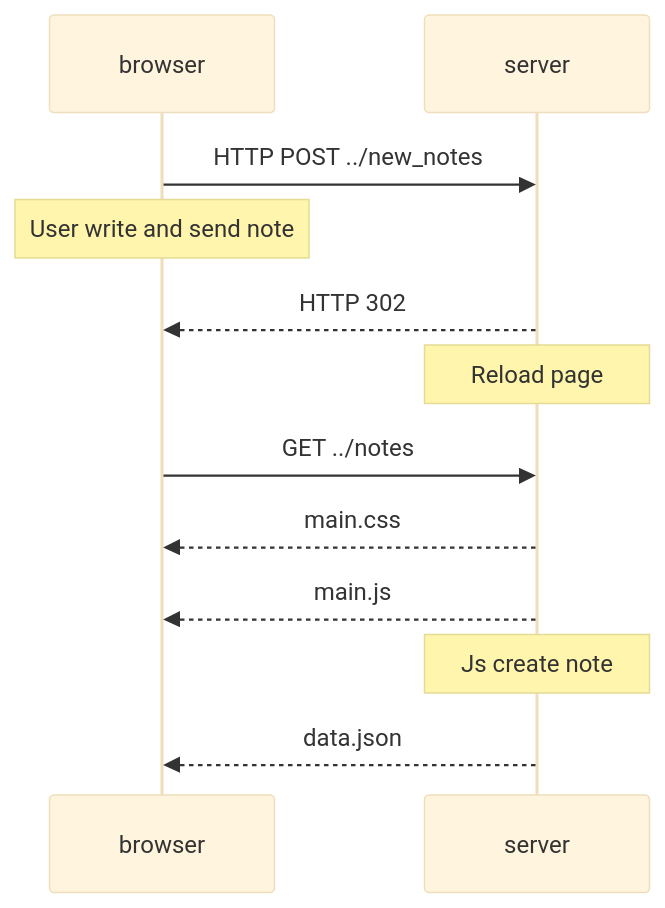
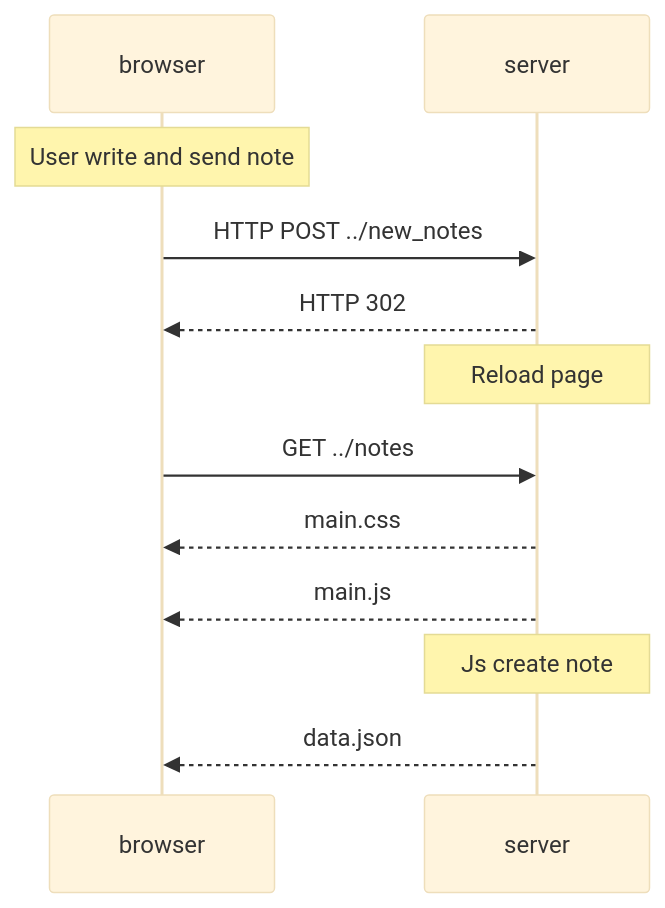
The diagram in 0.4.md (alexismaximiliano/FullStackOpen), drawn with Mermaid (base theme) before and after one commit. The commit also changed other lines of this file, not shown here.

````diff
--- a/0.4.md
+++ b/0.4.md
@@ -1,14 +1,14 @@
 ```mermaid
 sequenceDiagram
     participant browser
     participant server
+            note over browser : User write and send note
         browser ->> server: HTTP POST ../new_notes
-            note over browser : User write and send note
         server -->> browser: HTTP 302
             note over server: Reload page
         browser ->> server: GET ../notes
         server -->> browser: main.css
         server -->> browser: main.js
             note over server: Js create note
         server -->> browser: data.json
 ```
````
